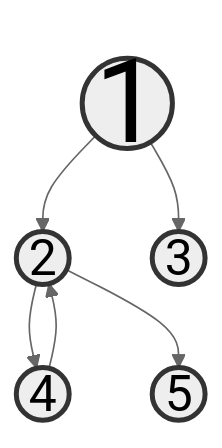
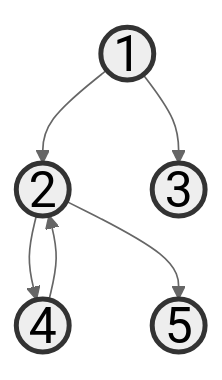
Before and after one commit to indextrown/indextrown.github.io: the diagram in _posts/2025-02-01-[알고리즘] 깊이우선탐색(DFS).md, drawn with Mermaid (neutral theme).

```diff
--- a/_posts/2025-02-01-[알고리즘] 깊이우선탐색(DFS).md
+++ b/_posts/2025-02-01-[알고리즘] 깊이우선탐색(DFS).md
@@ -25,14 +25,17 @@
 <div class="mermaid">
 graph TD;
     1((1)) --> 2((2));
     2((2)) --> 4((4));
     1((1)) --> 3((3));
     2((2)) --> 5((5));
     4((4)) --> 2((2));
 
-style 1 stroke:#333,stroke-width:3px,font-size:70px
+style 1 stroke:#333,stroke-width:3px,font-size:30px
 style 2 stroke:#333,stroke-width:3px,font-size:30px
 style 3 stroke:#333,stroke-width:3px,font-size:30px
 style 4 stroke:#333,stroke-width:3px,font-size:30px
 style 5 stroke:#333,stroke-width:3px,font-size:30px
+
+classDef bigNode font-size:30px, width:200px, height:200px;
+class 1,2,3,4,5 bigNode;
 </div>
```
